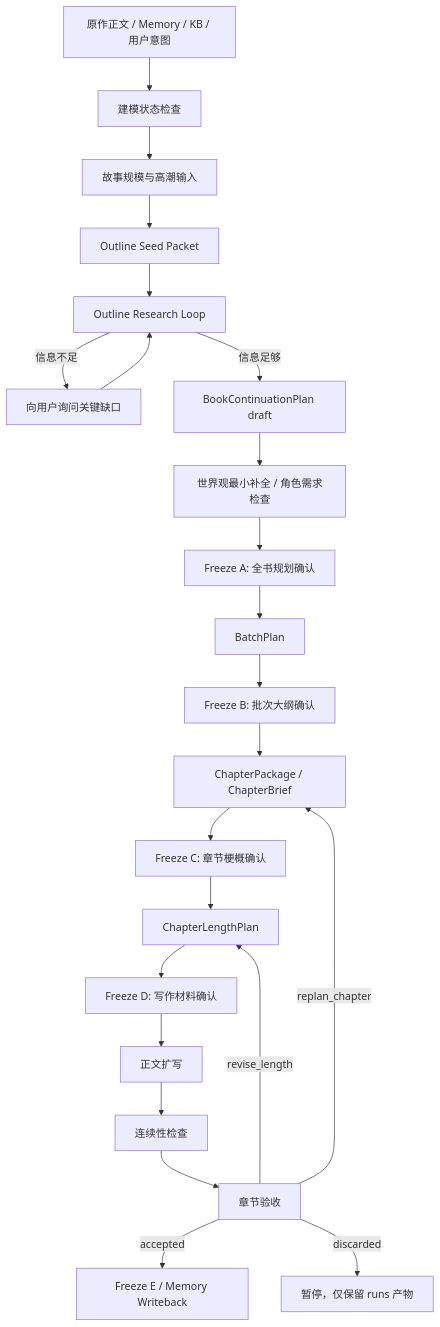
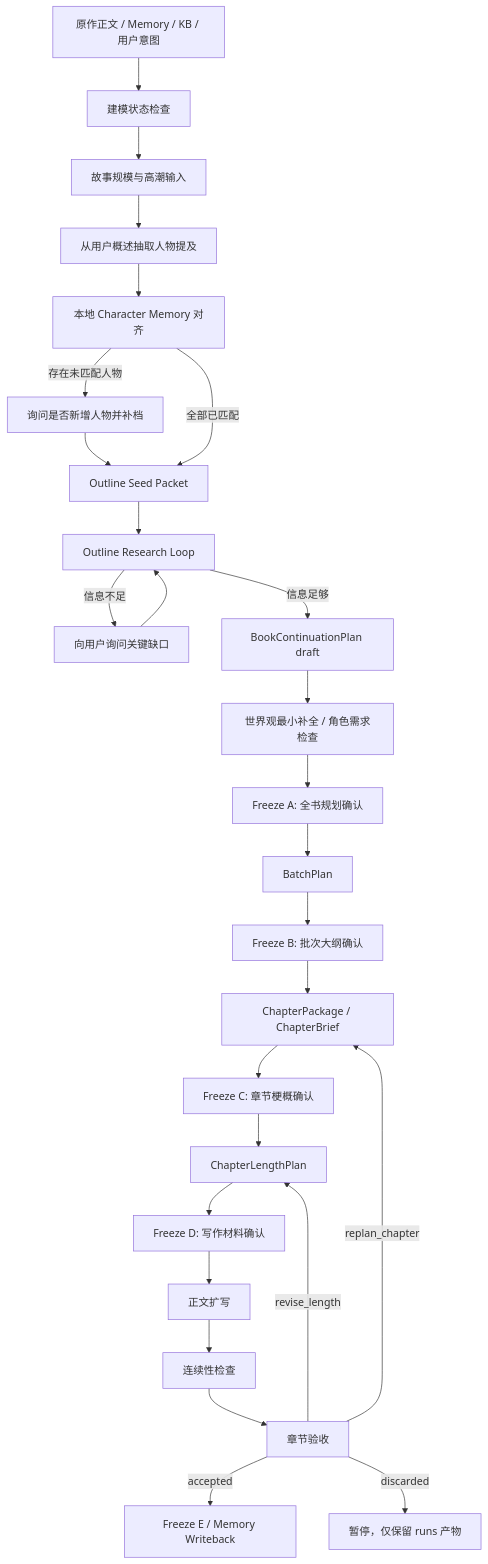
One commit to xxs-wallace/novel-agent changed the diagram in .trae/specs/writer-agent-layered-generation/design.md. Above: the diagram before and after it, drawn with Mermaid. The commit also changed other lines of this file and 29 other files, not shown here.

````diff
--- a/.trae/specs/writer-agent-layered-generation/design.md
+++ b/.trae/specs/writer-agent-layered-generation/design.md
@@ -43,25 +41,29 @@
 ```mermaid
 flowchart TD
     A["原作正文 / Memory / KB / 用户意图"] --> B["建模状态检查"]
     B --> C["故事规模与高潮输入"]
-    C --> D["Outline Seed Packet"]
+    C --> C1["从用户概述抽取人物提及"]
+    C1 --> C2["本地 Character Memory 对齐"]
+    C2 -->|存在未匹配人物| C3["询问是否新增人物并补档"]
+    C3 --> D["Outline Seed Packet"]
+    C2 -->|全部已匹配| D["Outline Seed Packet"]
     D --> E["Outline Research Loop"]
     E -->|信息不足| F["向用户询问关键缺口"]
     F --> E
     E -->|信息足够| G["BookContinuationPlan draft"]
     G --> H["世界观最小补全 / 角色需求检查"]
     H --> I["Freeze A: 全书规划确认"]
     I --> J["BatchPlan"]
     J --> K["Freeze B: 批次大纲确认"]
     K --> L["ChapterPackage / ChapterBrief"]
     L --> M["Freeze C: 章节梗概确认"]
     M --> N["ChapterLengthPlan"]
     N --> O["Freeze D: 写作材料确认"]
     O --> P["正文扩写"]
     P --> Q["连续性检查"]
     Q --> R["章节验收"]
     R -->|accepted| S["Freeze E / Memory Writeback"]
     R -->|revise_length| N
     R -->|replan_chapter| L
     R -->|discarded| T["暂停，仅保留 runs 产物"]
 ```
````
